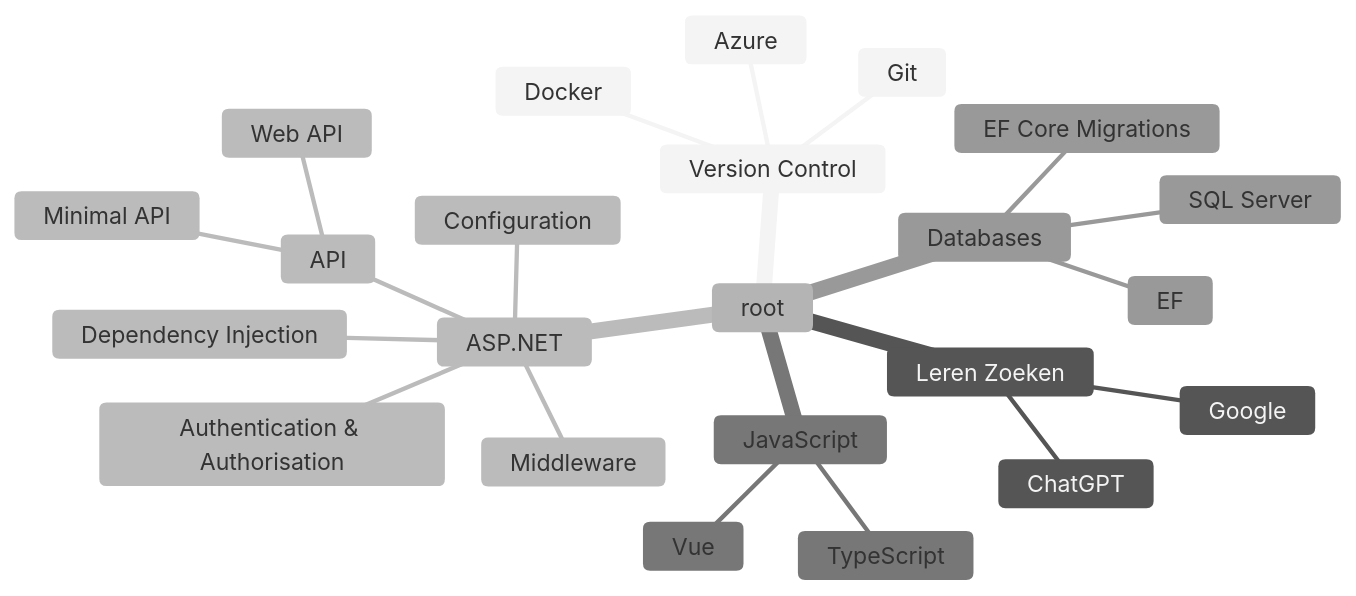
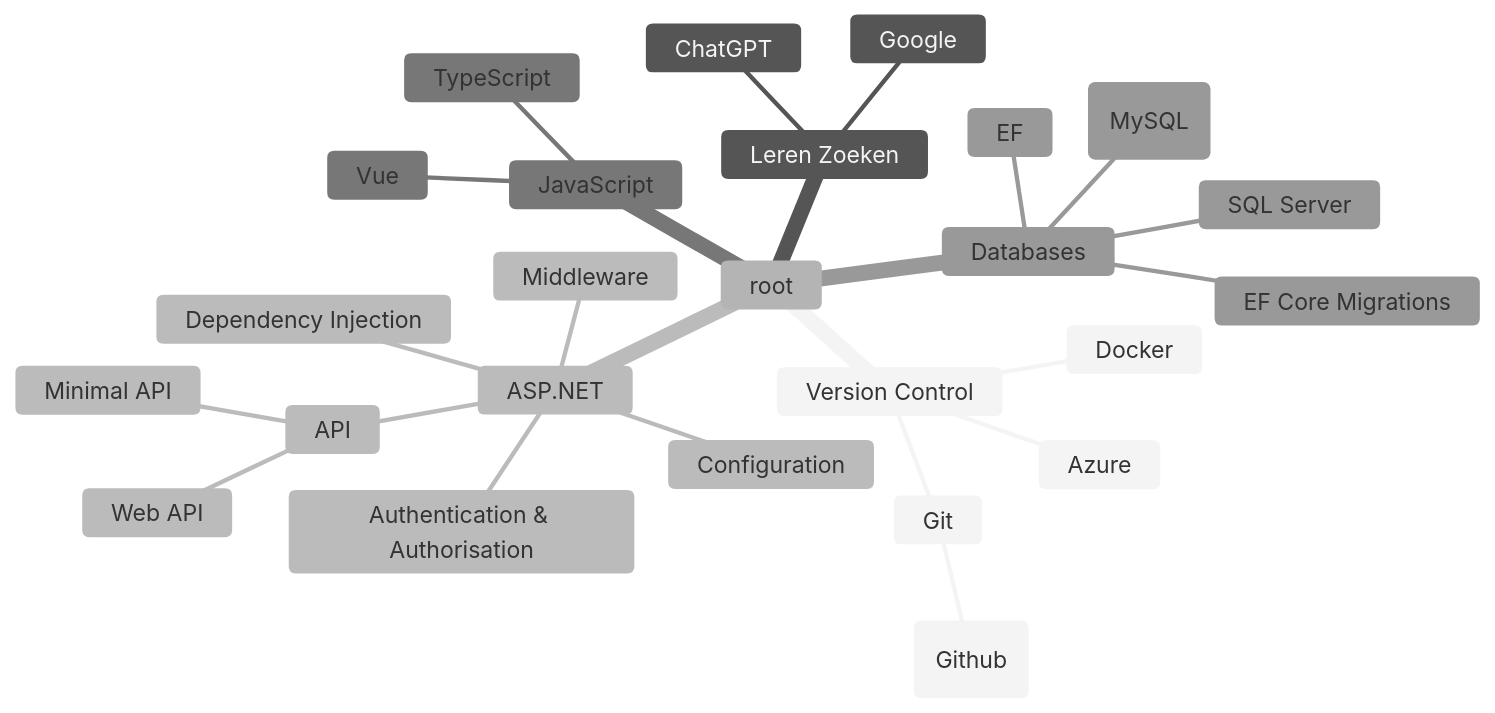
One commit to Jolntie/POP changed the second of 2 diagrams in README.md. Above: the diagram before and after it, drawn with Mermaid (neutral theme).

````diff
--- a/README.md
+++ b/README.md
@@ -11,26 +11,28 @@
 ```mermaid
 mindmap
         root
                 Version Control
                         Git
+                                (Github)
                         Docker
                         Azure
                 Leren Zoeken
                         ChatGPT
                         Google
                 ASP.NET
                         Middleware
                         Dependency Injection
                         Configuration
                         Authentication & Authorisation
                         API
                                 Web API
                                 Minimal API
                 JavaScript
                         Vue
                         TypeScript
                 Databases
                         SQL Server
+                        (MySQL)
                         EF
                         EF Core Migrations
 ```
````
